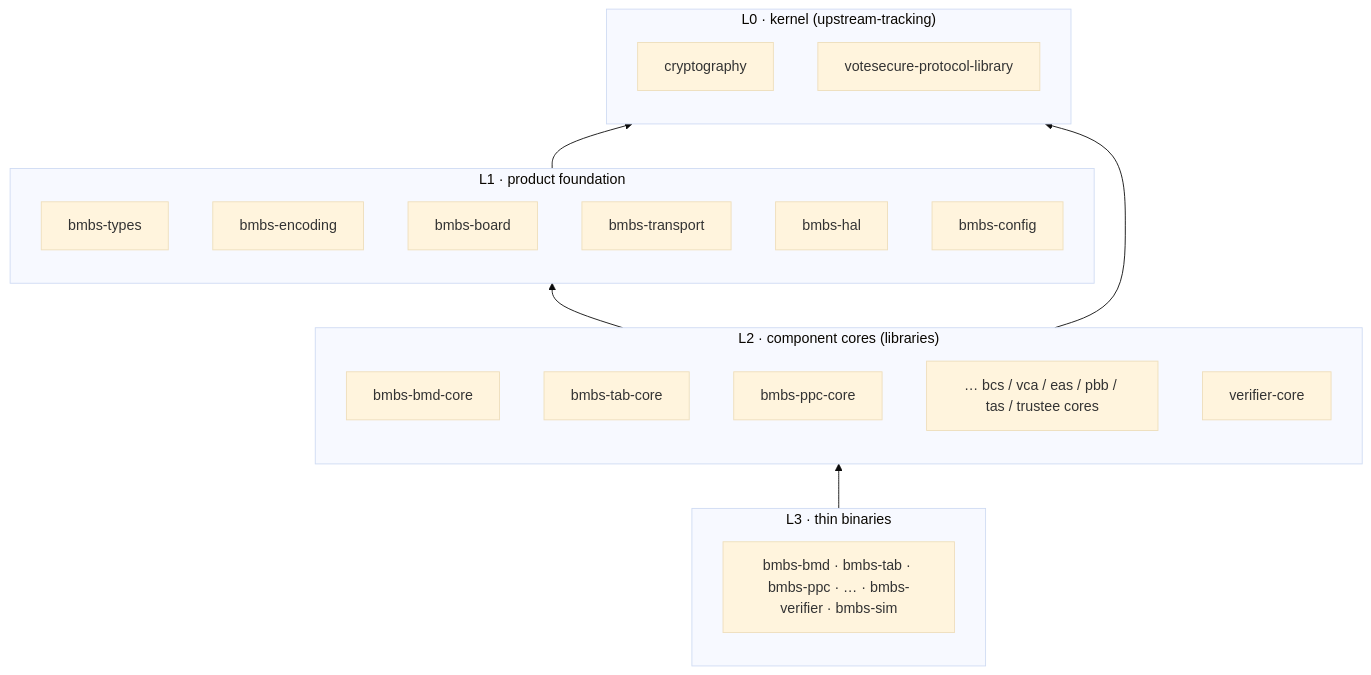
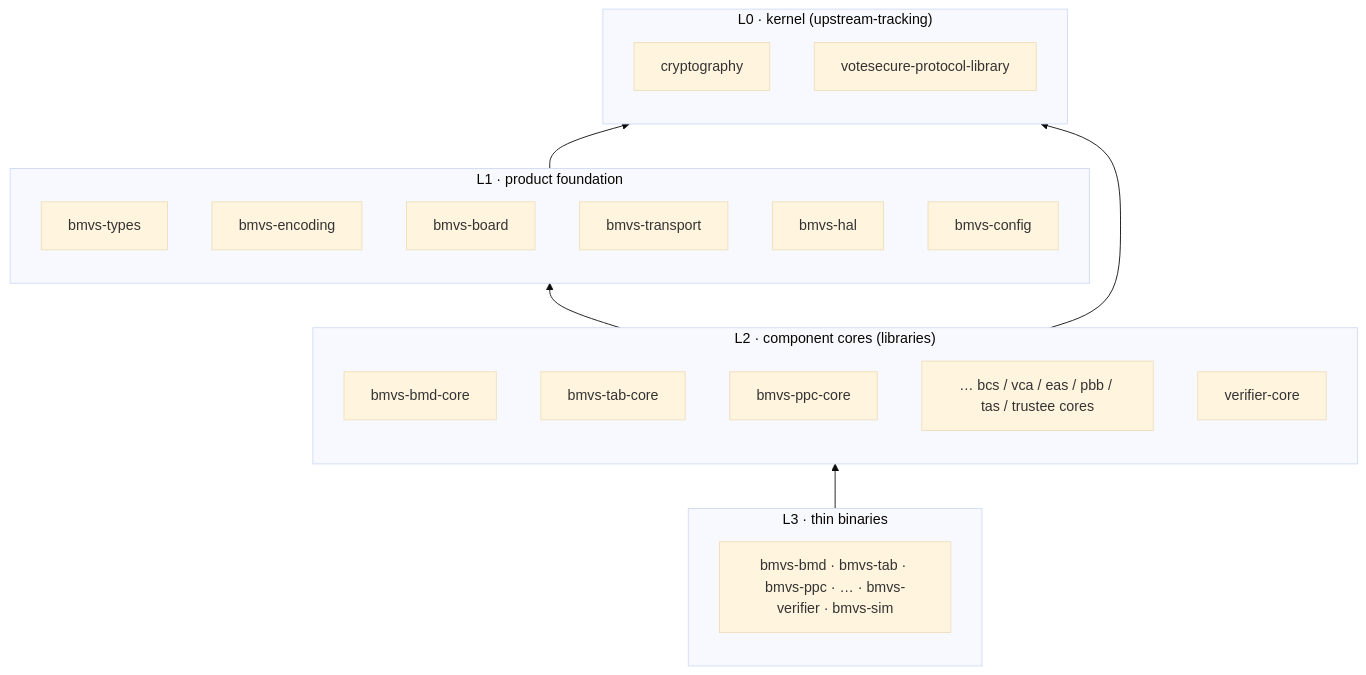
One commit to richcar58/VoteSecure changed the diagram in docs/onsite-e2ev-code-organization.md. Above: the diagram before and after it, drawn with Mermaid (base theme). The commit also changed other lines of this file and 2 other files, not shown here.

Commit message:
Changed naming from bmbs to bmvs

````diff
--- a/docs/onsite-e2ev-code-organization.md
+++ b/docs/onsite-e2ev-code-organization.md
@@ -93,29 +93,29 @@
 ```mermaid
 flowchart BT
   subgraph L0["L0 · kernel (upstream-tracking)"]
     CRYPTO["cryptography"]
     PROTO["votesecure-protocol-library"]
   end
   subgraph L1["L1 · product foundation"]
-    TYPES["bmbs-types"]
-    ENC["bmbs-encoding"]
-    BOARD["bmbs-board"]
-    TRANS["bmbs-transport"]
-    HAL["bmbs-hal"]
-    CONF["bmbs-config"]
+    TYPES["bmvs-types"]
+    ENC["bmvs-encoding"]
+    BOARD["bmvs-board"]
+    TRANS["bmvs-transport"]
+    HAL["bmvs-hal"]
+    CONF["bmvs-config"]
   end
   subgraph L2["L2 · component cores (libraries)"]
-    BMDC["bmbs-bmd-core"]
-    TABC["bmbs-tab-core"]
-    PPCC["bmbs-ppc-core"]
+    BMDC["bmvs-bmd-core"]
+    TABC["bmvs-tab-core"]
+    PPCC["bmvs-ppc-core"]
     MORE["… bcs / vca / eas / pbb / tas / trustee cores"]
     VERC["verifier-core"]
   end
   subgraph L3["L3 · thin binaries"]
-    BINS["bmbs-bmd · bmbs-tab · bmbs-ppc · … · bmbs-verifier · bmbs-sim"]
+    BINS["bmvs-bmd · bmvs-tab · bmvs-ppc · … · bmvs-verifier · bmvs-sim"]
   end
   L1 --> L0
   L2 --> L1
   L2 --> L0
   L3 --> L2
 ```
````
